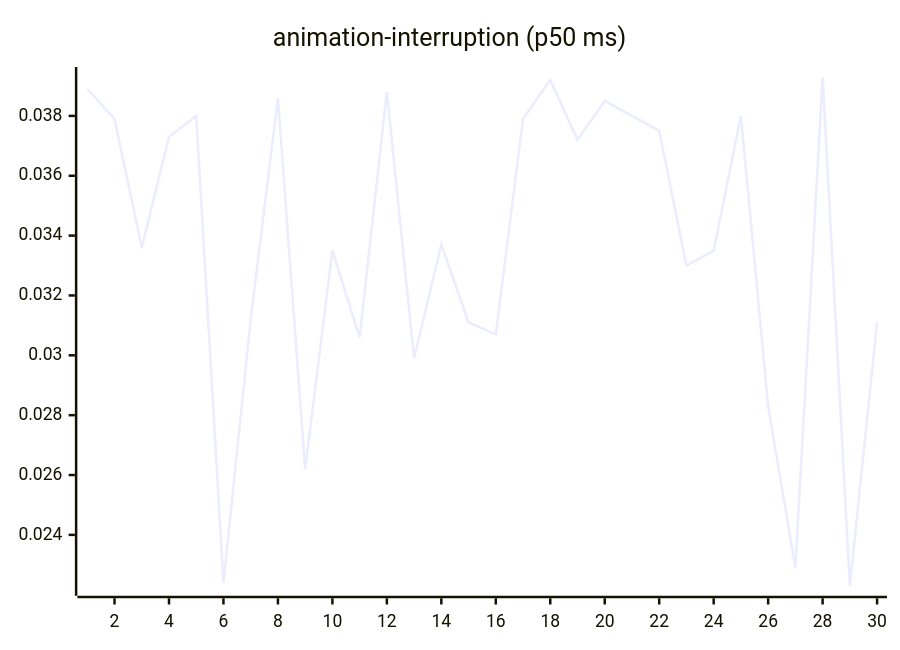
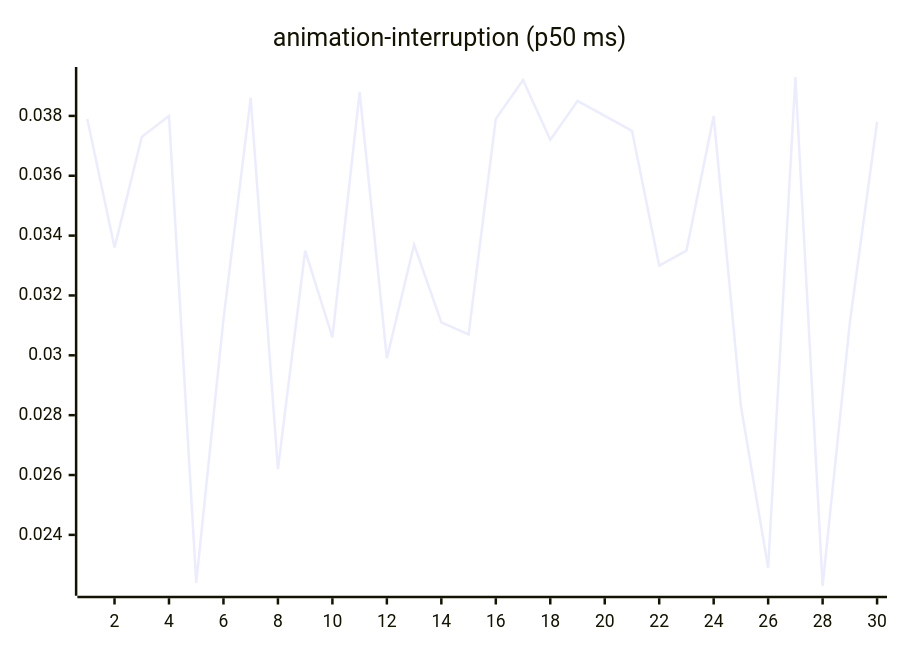
The third of 27 diagrams in README.md (josha/Facet), drawn with Mermaid before and after one commit. The commit also changed other lines of this file and 2 other files, not shown here.

````diff
--- a/README.md
+++ b/README.md
@@ -77,6 +77,6 @@
 ```mermaid
 xychart-beta
     title "animation-interruption (p50 ms)"
     x-axis 1 --> 30
-    line [0.0389, 0.0379, 0.0336, 0.0373, 0.0380, 0.0224, 0.0312, 0.0386, 0.0262, 0.0335, 0.0306, 0.0388, 0.0299, 0.0337, 0.0311, 0.0307, 0.0379, 0.0392, 0.0372, 0.0385, 0.0380, 0.0375, 0.0330, 0.0335, 0.0380, 0.0283, 0.0229, 0.0393, 0.0223, 0.0311]
+    line [0.0379, 0.0336, 0.0373, 0.0380, 0.0224, 0.0312, 0.0386, 0.0262, 0.0335, 0.0306, 0.0388, 0.0299, 0.0337, 0.0311, 0.0307, 0.0379, 0.0392, 0.0372, 0.0385, 0.0380, 0.0375, 0.0330, 0.0335, 0.0380, 0.0283, 0.0229, 0.0393, 0.0223, 0.0311, 0.0378]
 ```
````
